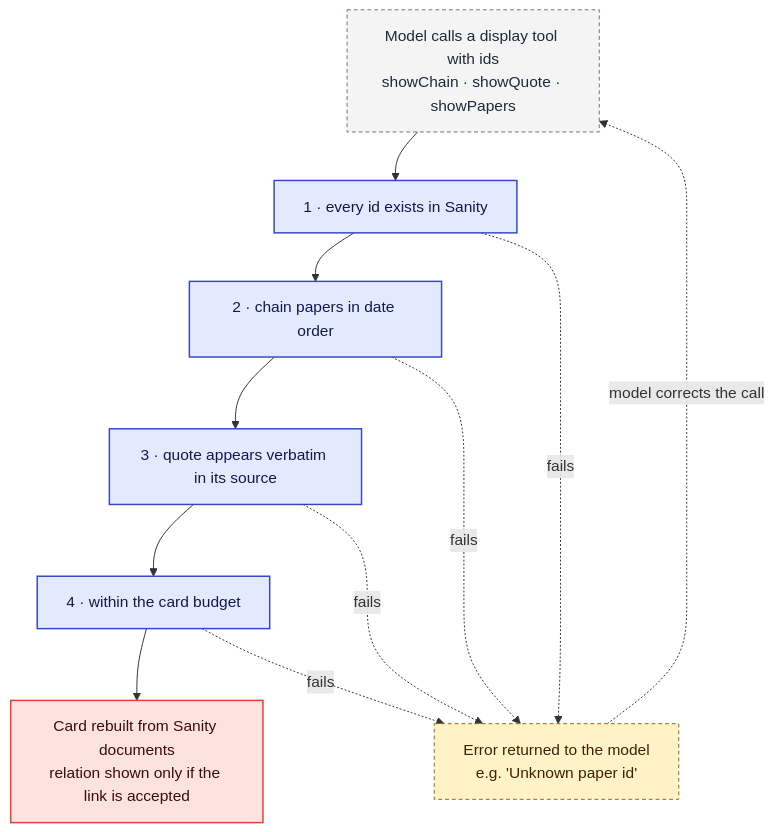
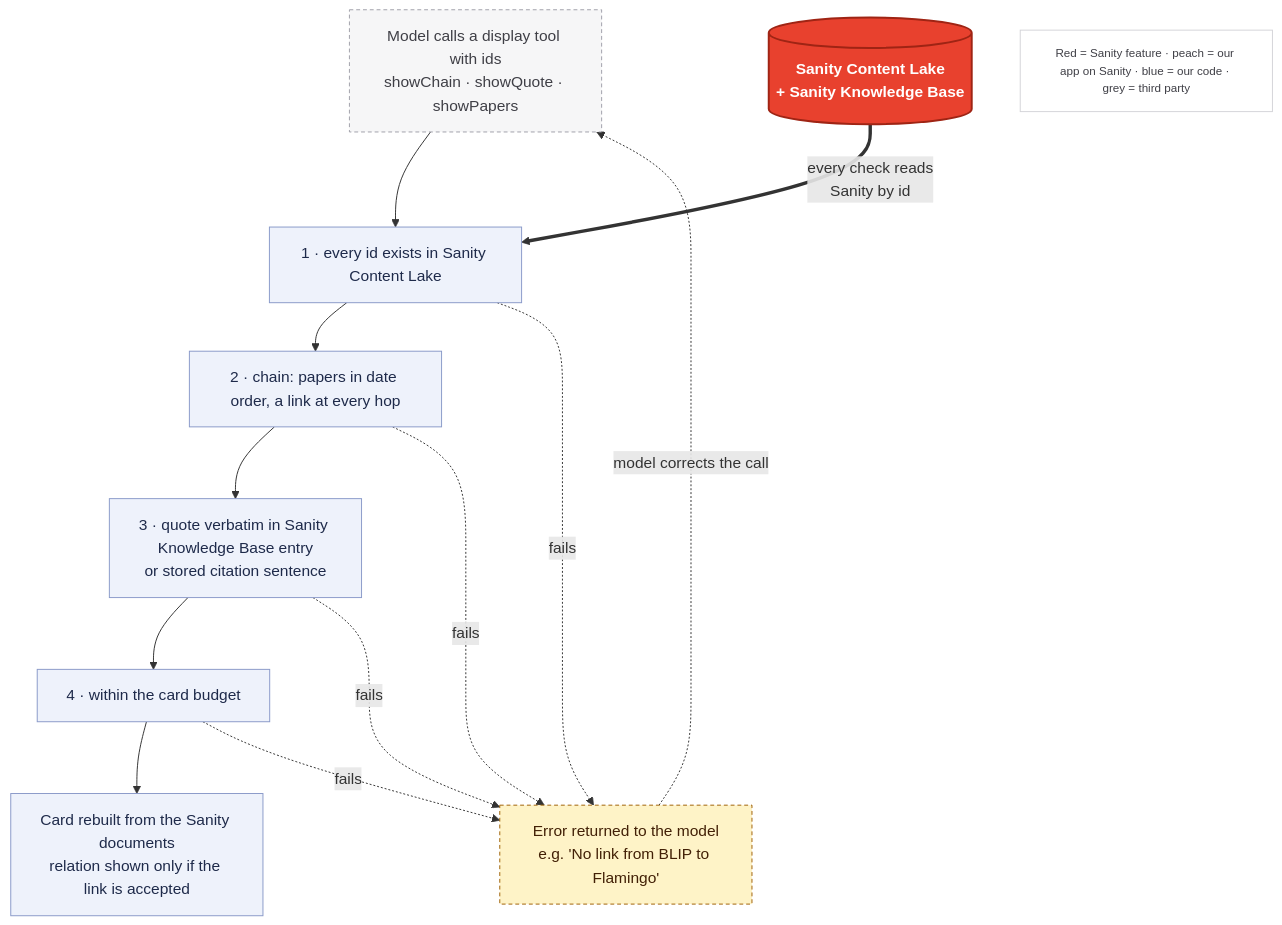
Before and after one commit to akashgoyal/paper-lineage: the diagram in docs/post/diagrams/path1-verify.mmd, drawn with Mermaid. The commit also changed 15 other files, not shown here.

First line of the commit message:
docs(post): diagrams make Sanity unmistakable

```diff
--- a/docs/post/diagrams/path1-verify.mmd
+++ b/docs/post/diagrams/path1-verify.mmd
@@ -1,15 +1,18 @@
 flowchart TB
   CALL["Model calls a display tool with ids<br/>showChain · showQuote · showPapers"]:::third
-  CALL --> C1["1 · every id exists in Sanity"]:::ours
-  C1 --> C2["2 · chain papers in date order"]:::ours
-  C2 --> C3["3 · quote appears verbatim in its source"]:::ours
+  CALL --> C1["1 · every id exists in Sanity Content Lake"]:::ours
+  C1 --> C2["2 · chain: papers in date order, a link at every hop"]:::ours
+  C2 --> C3["3 · quote verbatim in Sanity Knowledge Base entry<br/>or stored citation sentence"]:::ours
   C3 --> C4["4 · within the card budget"]:::ours
-  C4 --> CARD["Card rebuilt from Sanity documents<br/>relation shown only if the link is accepted"]:::sanity
-  C1 & C2 & C3 & C4 -. "fails" .-> ERR["Error returned to the model<br/>e.g. 'Unknown paper id'"]:::warn
+  C4 --> CARD["Card rebuilt from the Sanity documents<br/>relation shown only if the link is accepted"]:::ours
+  S[("Sanity Content Lake<br/>+ Sanity Knowledge Base")]:::sanity == "every check reads<br/>Sanity by id" ==> C1
+  C1 & C2 & C3 & C4 -. "fails" .-> ERR["Error returned to the model<br/>e.g. 'No link from BLIP to Flamingo'"]:::warn
   ERR -. "model corrects the call" .-> CALL
-  classDef sanity fill:#FDE3E0,stroke:#E0402F,color:#3B0D08,stroke-width:1.5px
-  classDef onsanity fill:#FFF0D2,stroke:#B45309,color:#3D2302,stroke-width:1.5px
-  classDef ours fill:#E3EAFE,stroke:#3446C4,color:#121A4A,stroke-width:1.5px
-  classDef third fill:#F4F4F5,stroke:#6B7280,color:#1F2937,stroke-dasharray:4 3
+  LEG["Red = Sanity feature · peach = our app on Sanity · blue = our code · grey = third party"]:::legend
+  classDef sanity fill:#E8412E,stroke:#9F2414,color:#FFFFFF,stroke-width:2px,font-weight:bold
+  classDef onsanity fill:#FDE3D0,stroke:#E8412E,color:#3D1408,stroke-width:2px
+  classDef ours fill:#EEF2FB,stroke:#8A9AC9,color:#1E2A4A,stroke-width:1px
+  classDef third fill:#F6F6F7,stroke:#A1A1AA,color:#3F3F46,stroke-dasharray:4 3
   classDef person fill:#FFFFFF,stroke:#17191E,color:#17191E
   classDef warn fill:#FEF3C7,stroke:#A16207,color:#422006,stroke-dasharray:4 3
+  classDef legend fill:#FFFFFF,stroke:#D4D4D8,color:#3F3F46,font-size:12px
```
